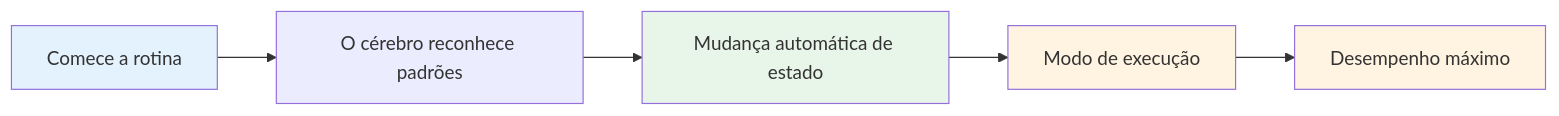
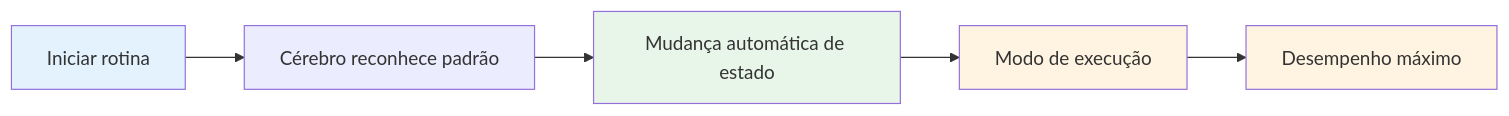
One commit to patwii/petanque-academy changed the diagram in docs/pt/education/mental-strength/pre-shot-routine.md. Above: the diagram before and after it, drawn with Mermaid. The commit also changed other lines of this file and 7 other files, not shown here.

````diff
--- a/docs/pt/education/mental-strength/pre-shot-routine.md
+++ b/docs/pt/education/mental-strength/pre-shot-routine.md
@@ -9,12 +9,12 @@
 ```mermaid
 graph LR
-    A[Comece a rotina] --> B[O cérebro reconhece padrões]
+    A[Iniciar rotina] --> B[Cérebro reconhece padrão]
     B --> C[Mudança automática de estado]
     C --> D[Modo de execução]
     D --> E[Desempenho máximo]
 
     style A fill:#e3f2fd
     style C fill:#e8f5e9
     style D fill:#fff4e1
     style E fill:#fff4e1
 ```
````
